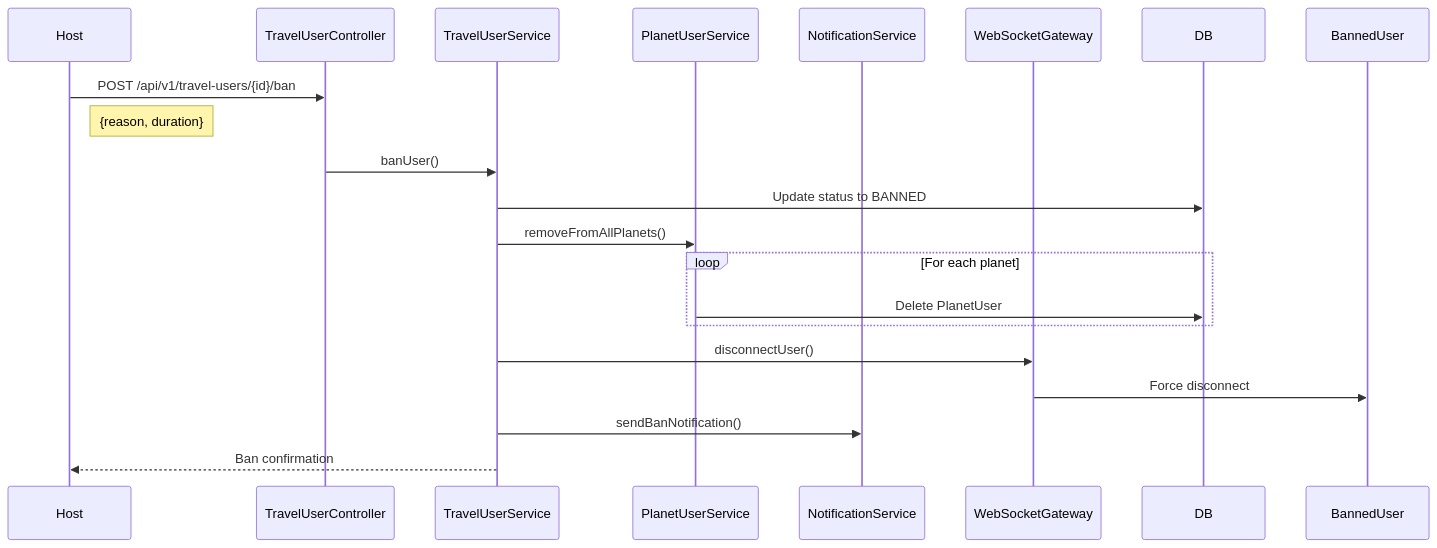
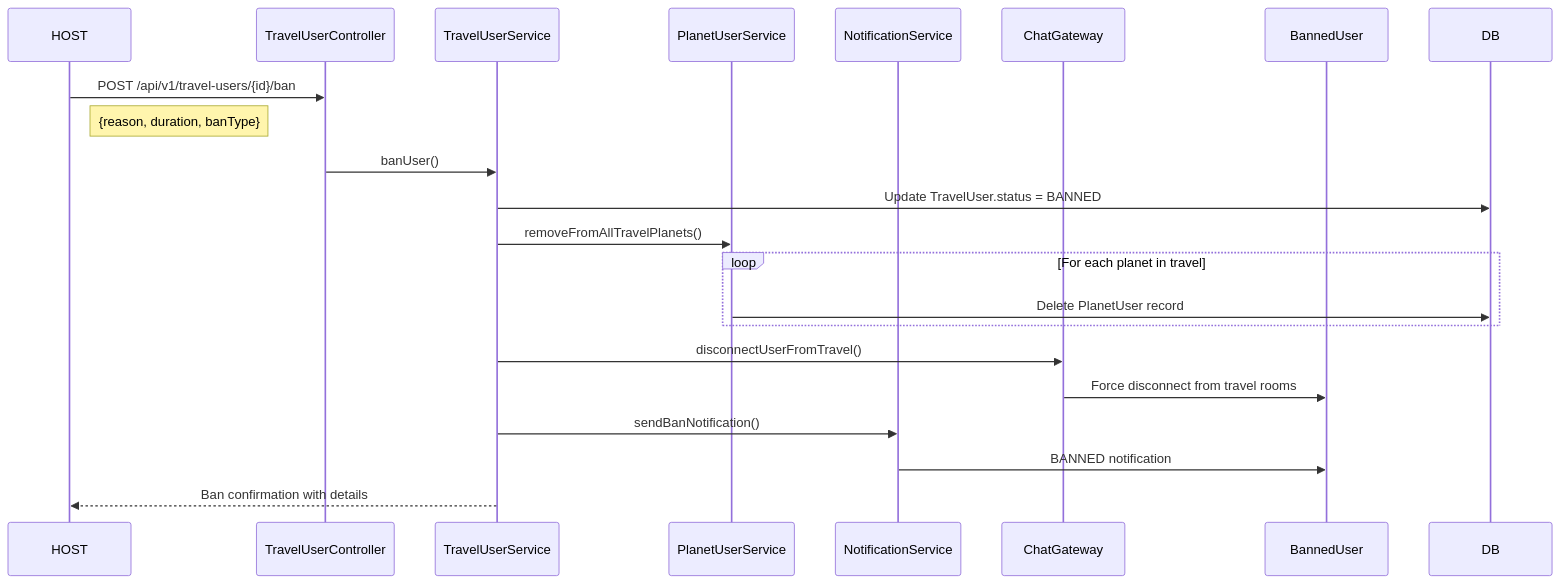
One commit to maximizest/connecto-nest changed the ninth of 10 diagrams in .md/flow.md. Above: the diagram before and after it, drawn with Mermaid. The commit also changed other lines of this file, not shown here.

````diff
--- a/.md/flow.md
+++ b/.md/flow.md
@@ -618,27 +712,29 @@
 ```mermaid
 sequenceDiagram
-    participant Host
+    participant HOST
     participant TravelUserController
     participant TravelUserService
     participant PlanetUserService
     participant NotificationService
-    participant WebSocketGateway
+    participant ChatGateway
+    participant BannedUser
     
-    Host->>TravelUserController: POST /api/v1/travel-users/{id}/ban
-    Note right of Host: {reason, duration}
+    HOST->>TravelUserController: POST /api/v1/travel-users/{id}/ban
+    Note right of HOST: {reason, duration, banType}
     
     TravelUserController->>TravelUserService: banUser()
-    TravelUserService->>DB: Update status to BANNED
+    TravelUserService->>DB: Update TravelUser.status = BANNED
     
-    TravelUserService->>PlanetUserService: removeFromAllPlanets()
-    loop For each planet
-        PlanetUserService->>DB: Delete PlanetUser
+    TravelUserService->>PlanetUserService: removeFromAllTravelPlanets()
+    loop For each planet in travel
+        PlanetUserService->>DB: Delete PlanetUser record
     end
     
-    TravelUserService->>WebSocketGateway: disconnectUser()
-    WebSocketGateway->>BannedUser: Force disconnect
+    TravelUserService->>ChatGateway: disconnectUserFromTravel()
+    ChatGateway->>BannedUser: Force disconnect from travel rooms
     
     TravelUserService->>NotificationService: sendBanNotification()
+    NotificationService->>BannedUser: BANNED notification
     
-    TravelUserService-->>Host: Ban confirmation
+    TravelUserService-->>HOST: Ban confirmation with details
 ```
````
